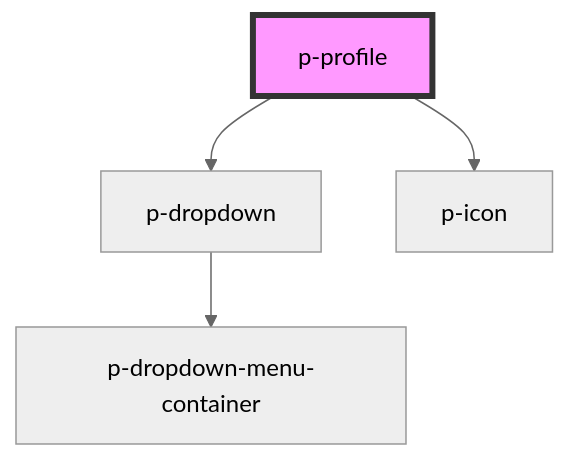
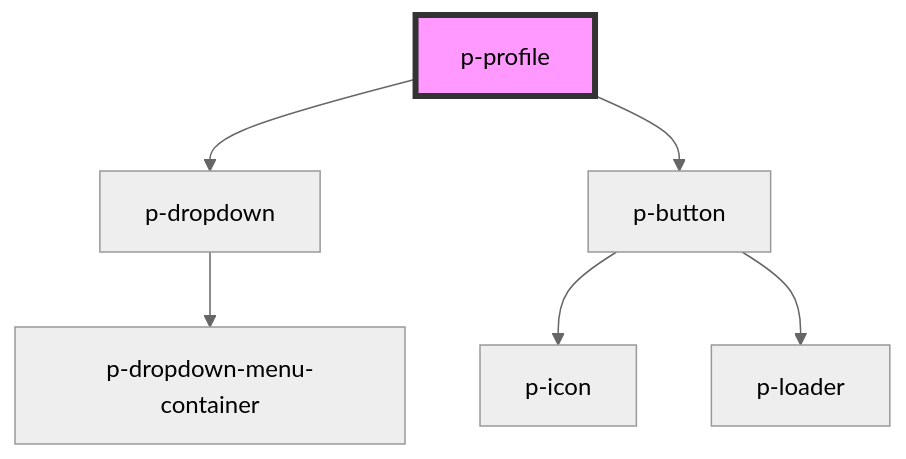
One commit to Employes/paperless changed the diagram in packages/core/src/components/molecules/profile/readme.md. Above: the diagram before and after it, drawn with Mermaid (neutral theme). The commit also changed other lines of this file and 4 other files, not shown here.

Commit message:
feat(molecules/profile): Use button for profile when dropdown available

````diff
--- a/packages/core/src/components/molecules/profile/readme.md
+++ b/packages/core/src/components/molecules/profile/readme.md
@@ -32,7 +31,9 @@
 ```mermaid
 graph TD;
   p-profile --> p-dropdown
-  p-profile --> p-icon
+  p-profile --> p-button
   p-dropdown --> p-dropdown-menu-container
+  p-button --> p-icon
+  p-button --> p-loader
   style p-profile fill:#f9f,stroke:#333,stroke-width:4px
 ```
````
